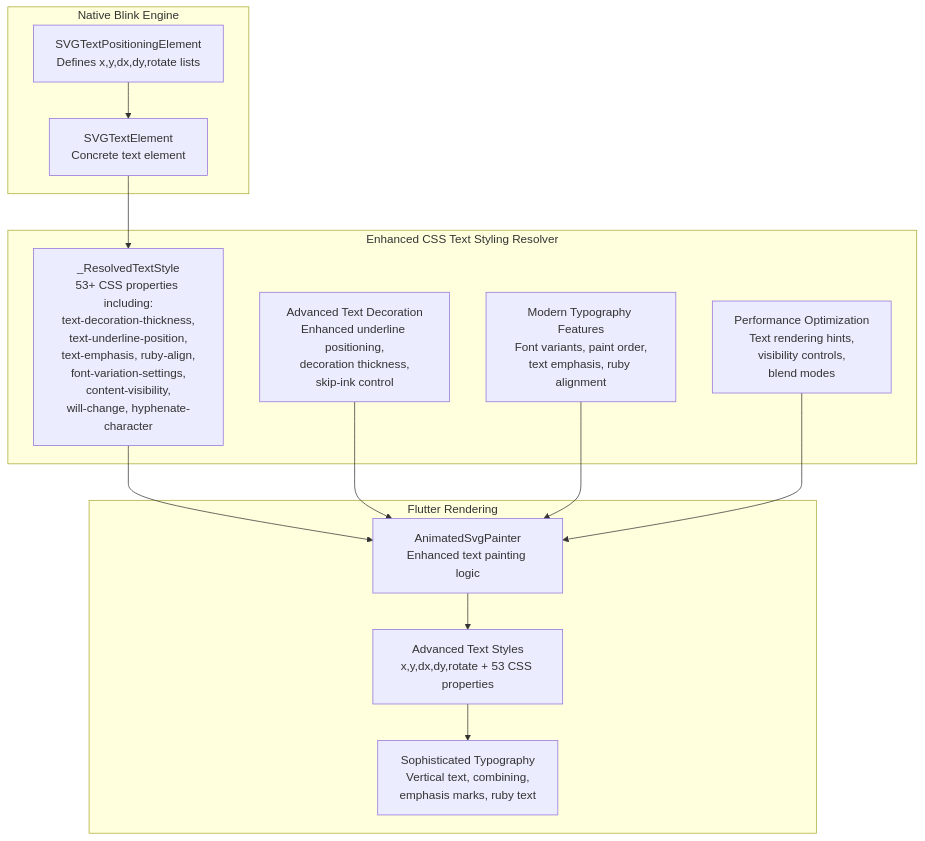
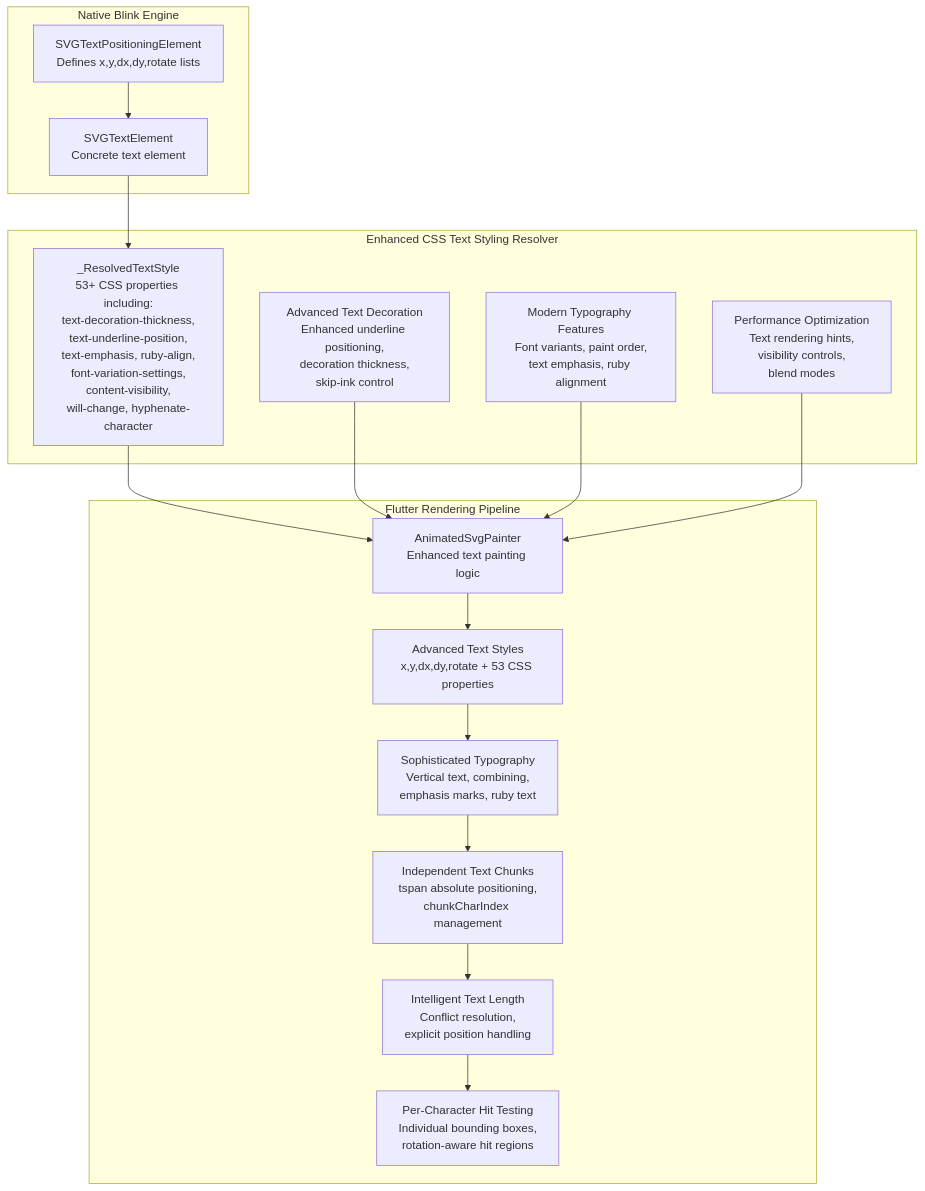
The first of 6 diagrams in .qoder/repowiki/en/content/Animated SVG Support/Text Positioning Attributes.md (denisnadey/flutter_full_svg_support), drawn with Mermaid before and after one commit. The commit also changed other lines of this file and 40 other files, not shown here.

````diff
--- a/.qoder/repowiki/en/content/Animated SVG Support/Text Positioning Attributes.md
+++ b/.qoder/repowiki/en/content/Animated SVG Support/Text Positioning Attributes.md
@@ -57,26 +64,32 @@
 ```mermaid
 graph TB
 subgraph "Native Blink Engine"
 A["SVGTextPositioningElement<br/>Defines x,y,dx,dy,rotate lists"]
 B["SVGTextElement<br/>Concrete text element"]
 end
 subgraph "Enhanced CSS Text Styling Resolver"
 C["_ResolvedTextStyle<br/>53+ CSS properties including:<br/>text-decoration-thickness,<br/>text-underline-position,<br/>text-emphasis, ruby-align,<br/>font-variation-settings,<br/>content-visibility,<br/>will-change, hyphenate-character"]
 D["Advanced Text Decoration<br/>Enhanced underline positioning,<br/>decoration thickness,<br/>skip-ink control"]
 E["Modern Typography Features<br/>Font variants, paint order,<br/>text emphasis, ruby alignment"]
 F["Performance Optimization<br/>Text rendering hints,<br/>visibility controls,<br/>blend modes"]
 end
-subgraph "Flutter Rendering"
+subgraph "Flutter Rendering Pipeline"
 G["AnimatedSvgPainter<br/>Enhanced text painting logic"]
 H["Advanced Text Styles<br/>x,y,dx,dy,rotate + 53 CSS properties"]
 I["Sophisticated Typography<br/>Vertical text, combining,<br/>emphasis marks, ruby text"]
+J["Independent Text Chunks<br/>tspan absolute positioning,<br/>chunkCharIndex management"]
+K["Intelligent Text Length<br/>Conflict resolution,<br/>explicit position handling"]
+L["Per-Character Hit Testing<br/>Individual bounding boxes,<br/>rotation-aware hit regions"]
 end
 A --> B
 B --> C
 C --> G
 D --> G
 E --> G
 F --> G
 G --> H
 H --> I
+I --> J
+J --> K
+K --> L
 ```
````
